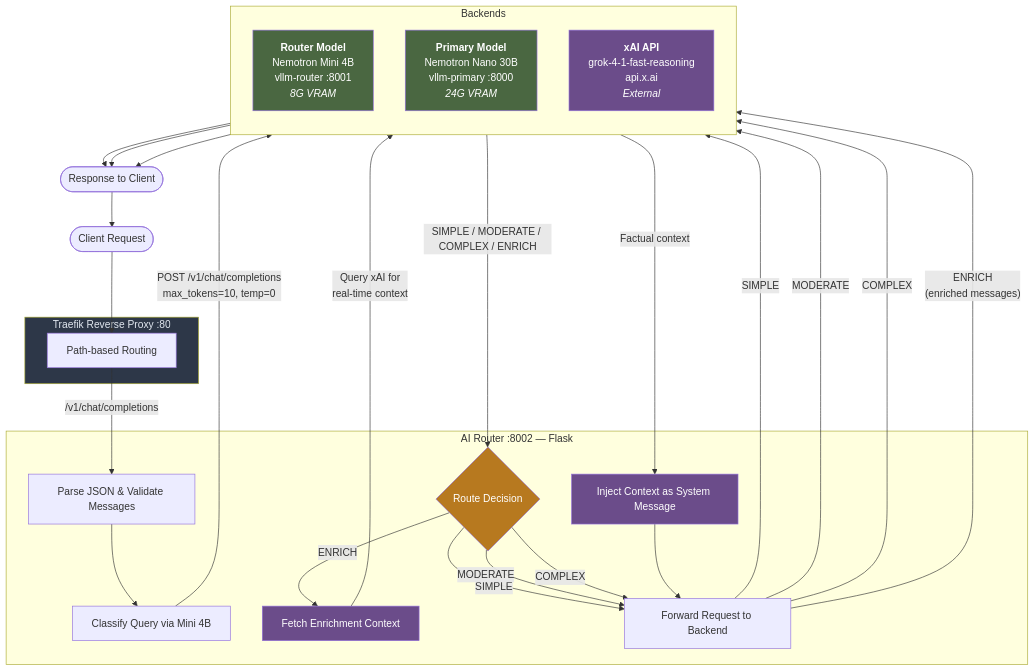
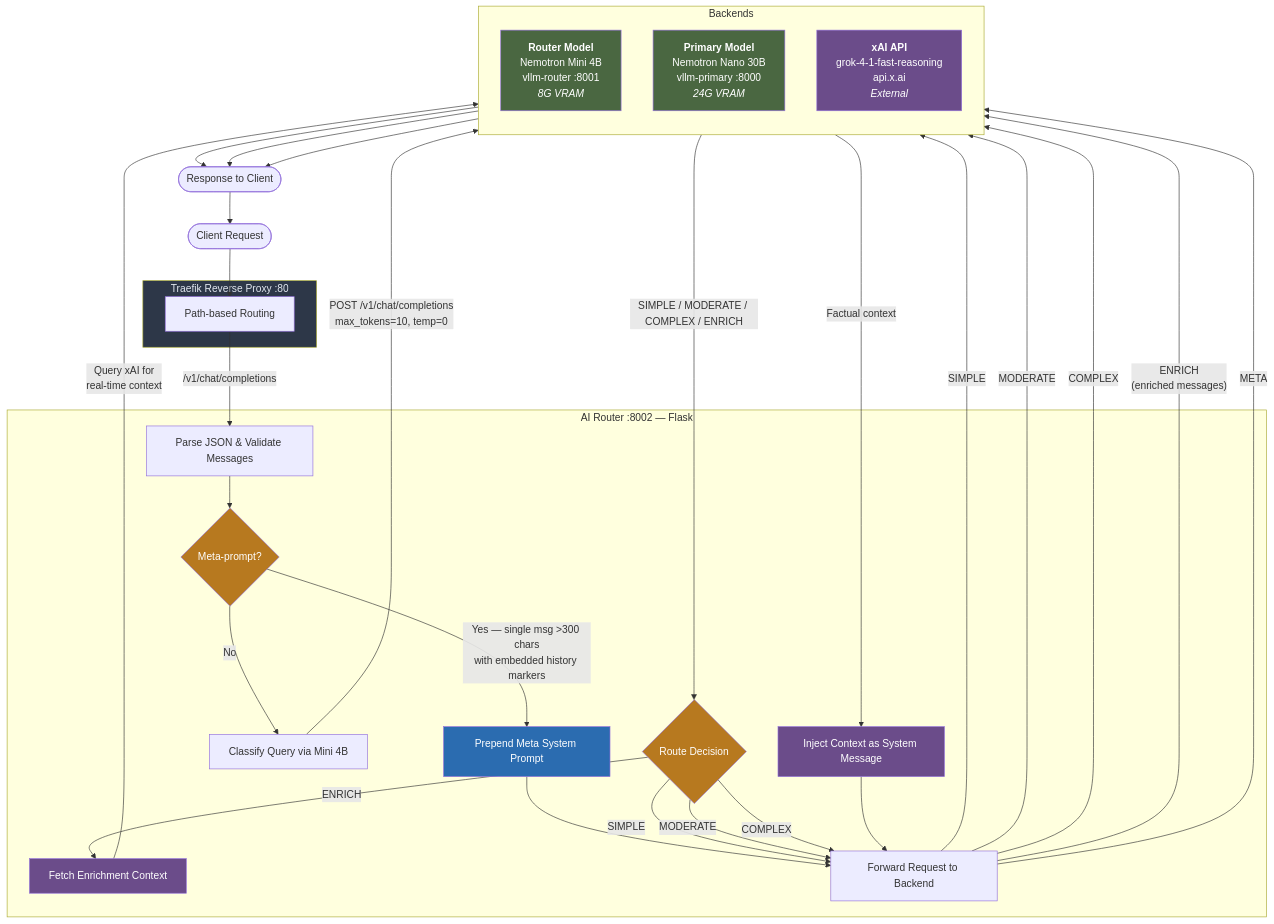
Before and after one commit to nominalgeek/ai-router: the first of 4 diagrams in docs/architecture.md, drawn with Mermaid. The commit also changed other lines of this file and 3 other files, not shown here.

````diff
--- a/docs/architecture.md
+++ b/docs/architecture.md
@@ -9,59 +9,67 @@
 ```mermaid
 flowchart TD
     Client([Client Request])
 
     subgraph Traefik["Traefik Reverse Proxy :80"]
         LB[Path-based Routing]
     end
 
     subgraph Router Service["AI Router :8002 — Flask"]
         Parse[Parse JSON & Validate Messages]
+        MetaCheck{Meta-prompt?}
+        MetaInject[Prepend Meta System Prompt]
         Classify[Classify Query via Mini 4B]
         Decision{Route Decision}
         Enrich[Fetch Enrichment Context]
         Inject[Inject Context as System Message]
         Forward[Forward Request to Backend]
     end
 
     subgraph Backends
         direction TB
         Mini["<b>Router Model</b><br/>Nemotron Mini 4B<br/>vllm-router :8001<br/><i>8G VRAM</i>"]
         Primary["<b>Primary Model</b><br/>Nemotron Nano 30B<br/>vllm-primary :8000<br/><i>24G VRAM</i>"]
         XAI["<b>xAI API</b><br/>grok-4-1-fast-reasoning<br/>api.x.ai<br/><i>External</i>"]
     end
 
     Response([Response to Client])
 
     Client --> LB
     LB -->|"/v1/chat/completions"| Parse
-    Parse --> Classify
+    Parse --> MetaCheck
+    MetaCheck -->|"Yes — single msg >300 chars<br/>with embedded history markers"| MetaInject
+    MetaCheck -->|"No"| Classify
+    MetaInject --> Forward
     Classify -->|"POST /v1/chat/completions<br/>max_tokens=10, temp=0"| Mini
     Mini -->|"SIMPLE / MODERATE / COMPLEX / ENRICH"| Decision
 
     Decision -->|"SIMPLE"| Forward
     Decision -->|"MODERATE"| Forward
     Decision -->|"COMPLEX"| Forward
     Decision -->|"ENRICH"| Enrich
 
     Enrich -->|"Query xAI for<br/>real-time context"| XAI
     XAI -->|"Factual context"| Inject
     Inject --> Forward
 
     Forward -->|"SIMPLE"| Mini
     Forward -->|"MODERATE"| Primary
     Forward -->|"COMPLEX"| XAI
     Forward -->|"ENRICH<br/>(enriched messages)"| Primary
+    Forward -->|"META"| Primary
 
     Mini --> Response
     Primary --> Response
     XAI --> Response
     Response --> Client
 
     style Traefik fill:#2d3748,color:#e2e8f0
     style Mini fill:#4a6741,color:#fff
     style Primary fill:#4a6741,color:#fff
     style XAI fill:#6b4c8a,color:#fff
     style Decision fill:#b7791f,color:#fff
+    style MetaCheck fill:#b7791f,color:#fff
+    style MetaInject fill:#2b6cb0,color:#fff
     style Enrich fill:#6b4c8a,color:#fff
     style Inject fill:#6b4c8a,color:#fff
 ```
````
